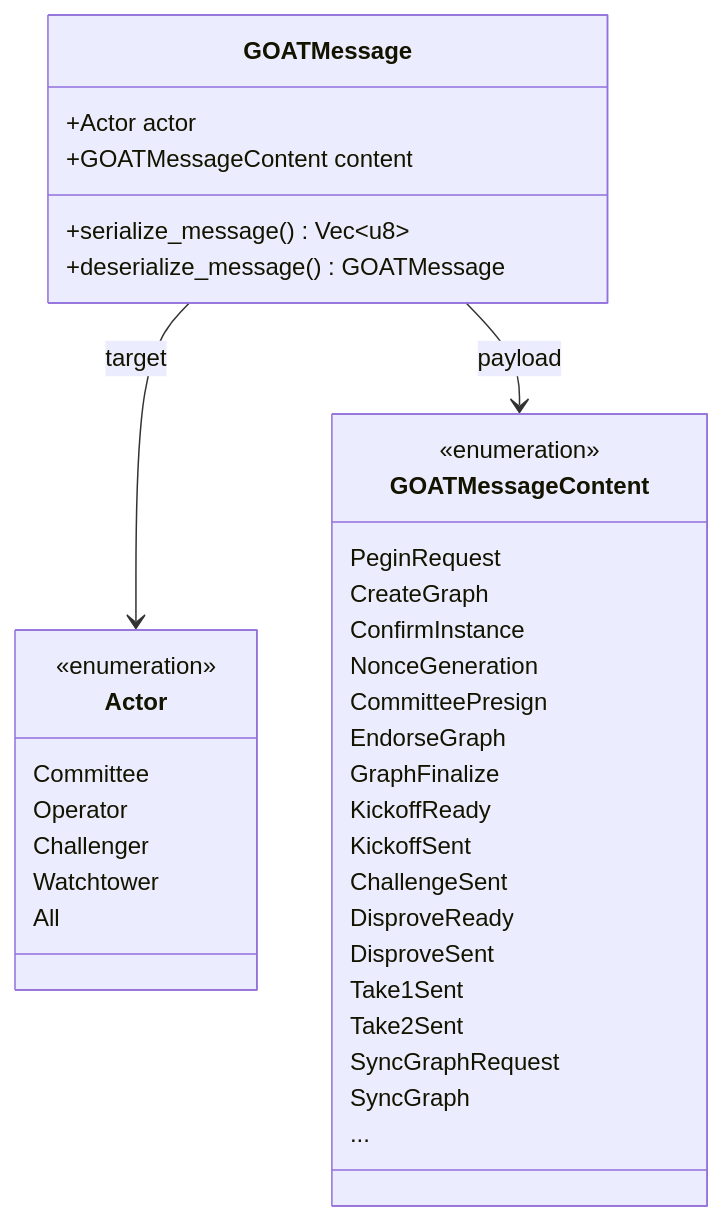
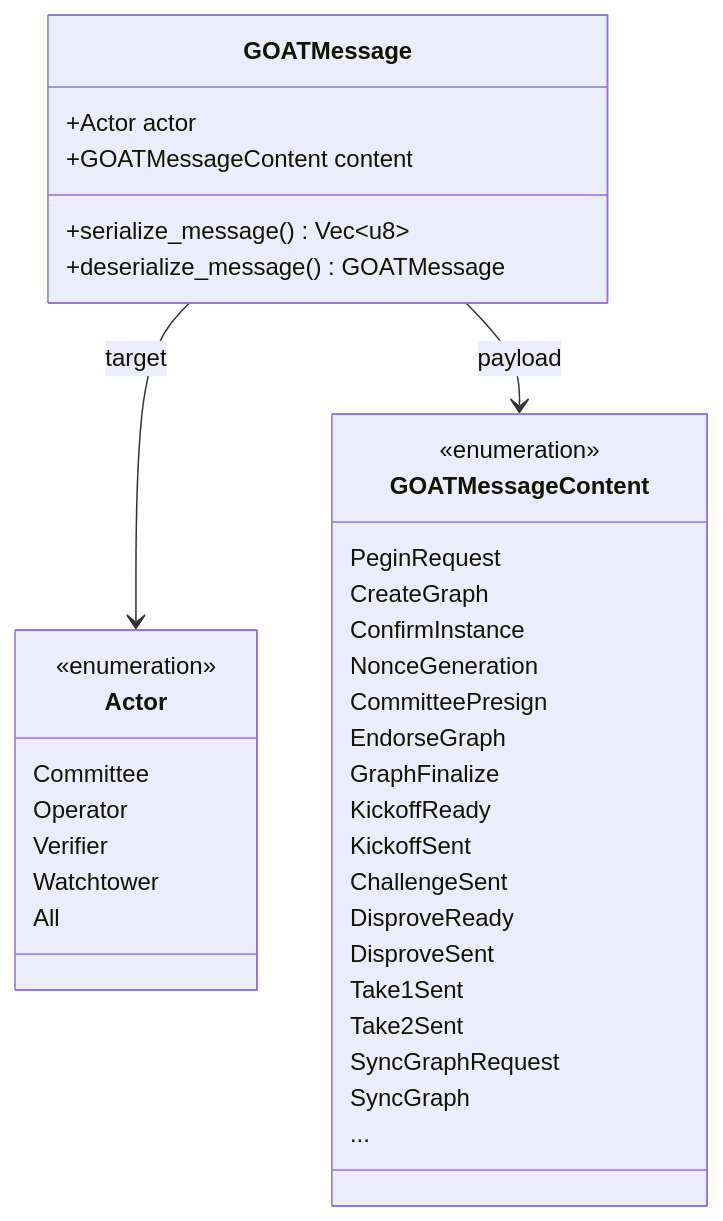
One commit to KSlashh/bitvm2-node changed diagram 12 of 13 in node/README.md. Above: the diagram before and after it, drawn with Mermaid. The commit also changed other lines of this file and 271 other files, not shown here.

````diff
--- a/node/README.md
+++ b/node/README.md
@@ -591,42 +589,42 @@
 ```mermaid
 classDiagram
     class GOATMessage {
         +Actor actor
         +GOATMessageContent content
         +serialize_message() Vec~u8~
         +deserialize_message() GOATMessage
     }
 
     class GOATMessageContent {
         <<enumeration>>
         PeginRequest
         CreateGraph
         ConfirmInstance
         NonceGeneration
         CommitteePresign
         EndorseGraph
         GraphFinalize
         KickoffReady
         KickoffSent
         ChallengeSent
         DisproveReady
         DisproveSent
         Take1Sent
         Take2Sent
         SyncGraphRequest
         SyncGraph
         ...
     }
 
     class Actor {
         <<enumeration>>
         Committee
         Operator
-        Challenger
+        Verifier
         Watchtower
         All
     }
 
     GOATMessage --> Actor : target
     GOATMessage --> GOATMessageContent : payload
 ```
````
